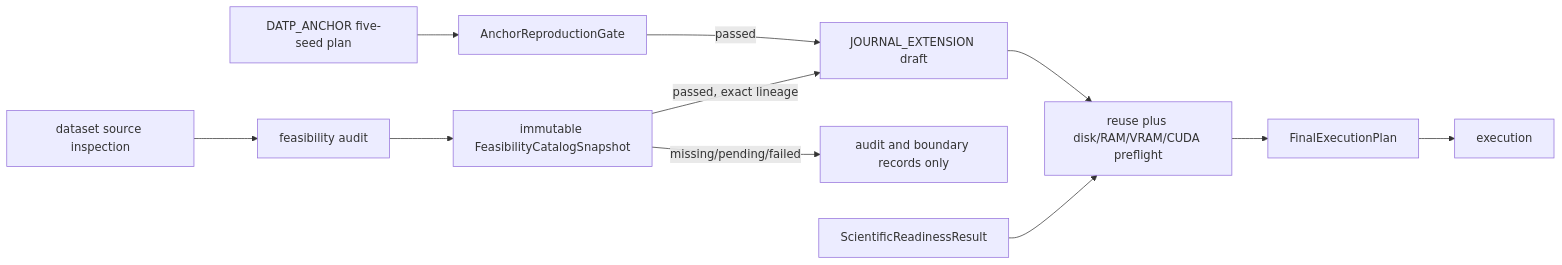
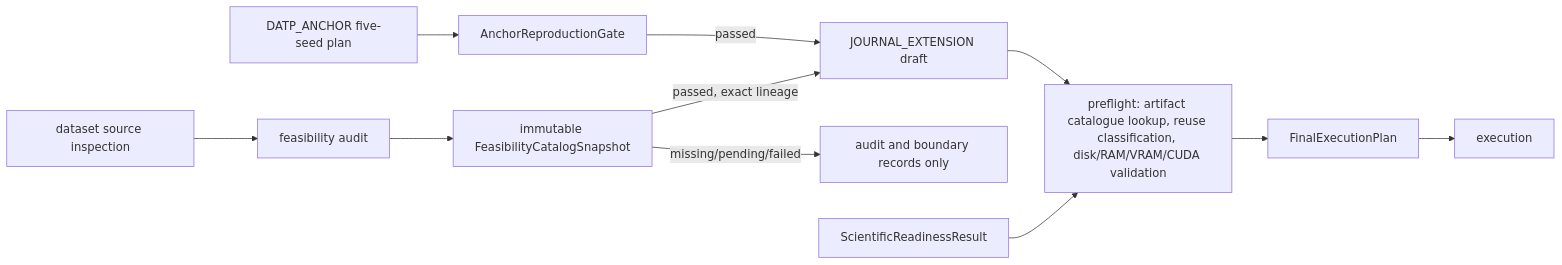
One commit to naslouby-salahe/datp-core changed the fifth of 10 diagrams in docs/DATP Core Architecture.md. Above: the diagram before and after it, drawn with Mermaid. The commit also changed other lines of this file, not shown here.

Commit message:
Fix architecture

````diff
--- a/docs/DATP Core Architecture.md
+++ b/docs/DATP Core Architecture.md
@@ -1364,13 +1380,13 @@
 ```mermaid
 graph LR
     AR[DATP_ANCHOR five-seed plan] --> AG[AnchorReproductionGate]
     AG -->|passed| JP[JOURNAL_EXTENSION draft]
     DI[dataset source inspection] --> FA[feasibility audit]
     FA --> FS[immutable FeasibilityCatalogSnapshot]
     FS -->|missing/pending/failed| AUD[audit and boundary records only]
     FS -->|passed, exact lineage| JP
-    JP --> PF[reuse plus disk/RAM/VRAM/CUDA preflight]
+    JP --> PF[preflight: artifact catalogue lookup, reuse classification, disk/RAM/VRAM/CUDA validation]
     RD[ScientificReadinessResult] --> PF
     PF --> FP[FinalExecutionPlan]
     FP --> EX[execution]
 ```
````
